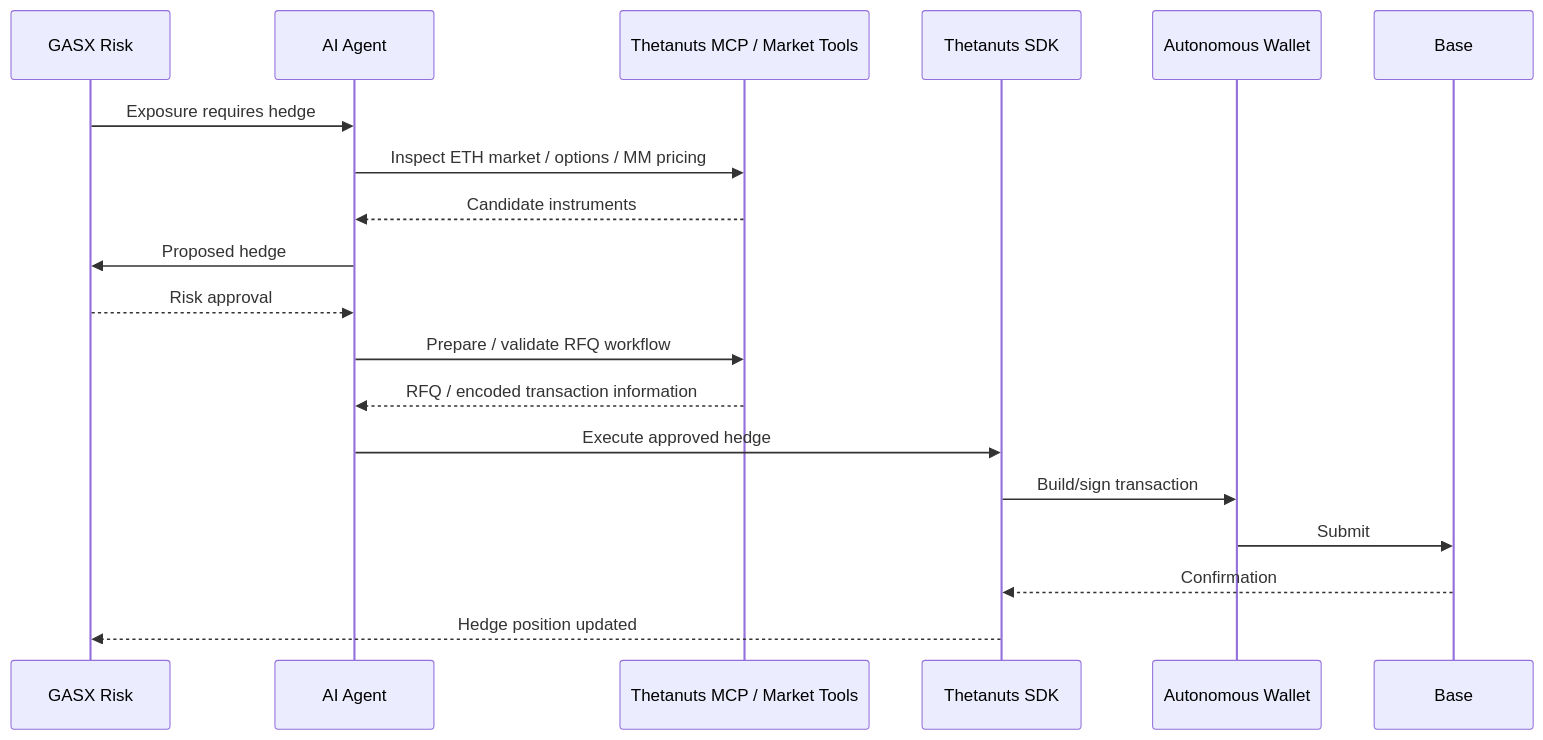
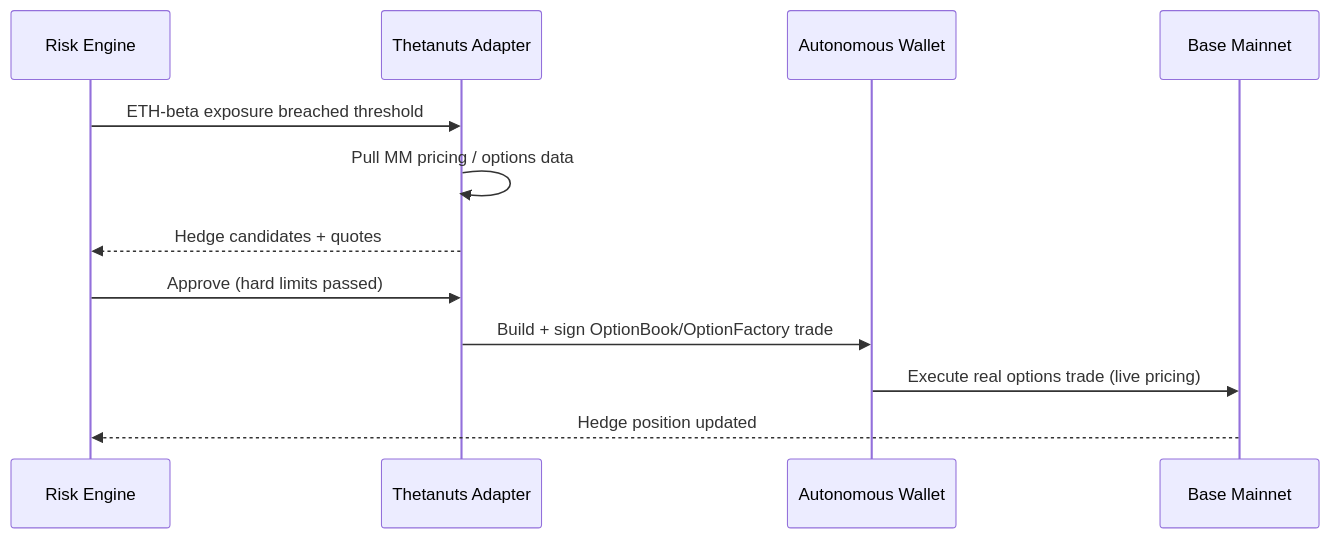
Before and after one commit to zishaan1911/BlockSpace-Securities-Exchange: the third of 3 diagrams in ARCHITECTURE.md, drawn with Mermaid. The commit also changed other lines of this file and 8 other files, not shown here.

Commit message:
docs: slim architecture to hackathon scope and align with Thetanuts track

````diff
--- a/ARCHITECTURE.md
+++ b/ARCHITECTURE.md
@@ -235,22 +166,15 @@
 ```mermaid
 sequenceDiagram
-    participant GAS as GASX Risk
-    participant AI as AI Agent
-    participant MCP as Thetanuts MCP / Market Tools
-    participant SDK as Thetanuts SDK
-    participant W as Autonomous Wallet
-    participant BASE as Base
+    participant R as Risk Engine
+    participant TN as Thetanuts Adapter
+    participant A as Autonomous Wallet
+    participant B as Base Mainnet
 
-    GAS->>AI: Exposure requires hedge
-    AI->>MCP: Inspect ETH market / options / MM pricing
-    MCP-->>AI: Candidate instruments
-    AI->>GAS: Proposed hedge
-    GAS-->>AI: Risk approval
-    AI->>MCP: Prepare / validate RFQ workflow
-    MCP-->>AI: RFQ / encoded transaction information
-    AI->>SDK: Execute approved hedge
-    SDK->>W: Build/sign transaction
-    W->>BASE: Submit
-    BASE-->>SDK: Confirmation
-    SDK-->>GAS: Hedge position updated
+    R->>TN: ETH-beta exposure breached threshold
+    TN->>TN: Pull MM pricing / options data
+    TN-->>R: Hedge candidates + quotes
+    R->>TN: Approve (hard limits passed)
+    TN->>A: Build + sign OptionBook/OptionFactory trade
+    A->>B: Execute real options trade (live pricing)
+    B-->>R: Hedge position updated
 ```
````
